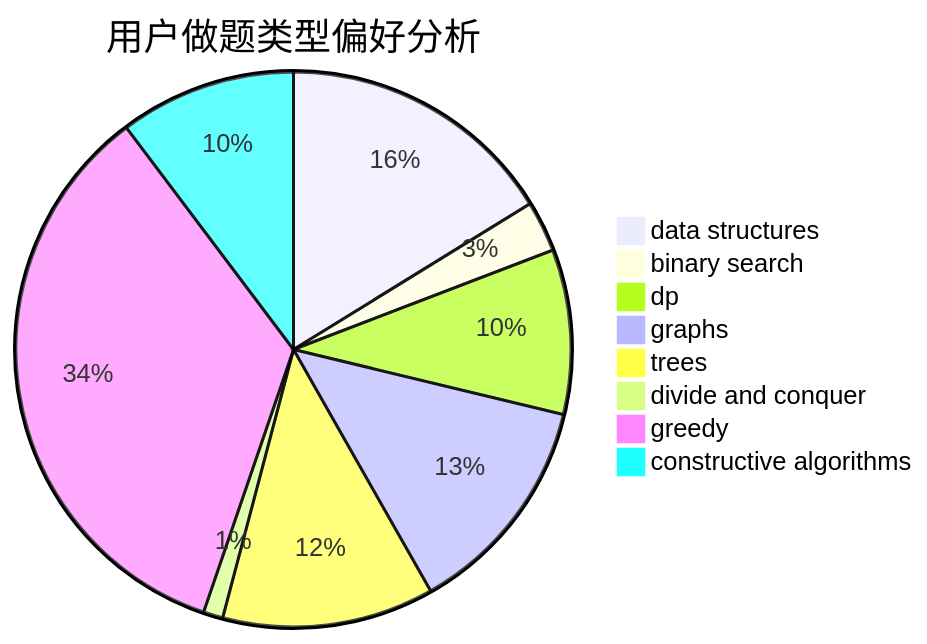
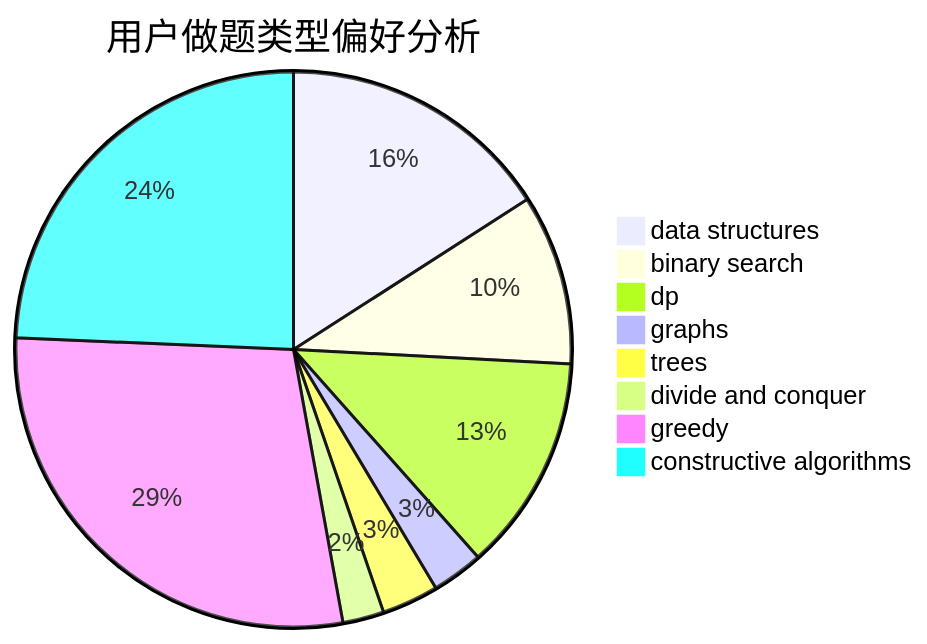
The second of 3 diagrams in docs/user/u288.md (sherpahu/cfrs.github.io), drawn with Mermaid before and after one commit. The commit also changed other lines of this file and 2770 other files, not shown here.

````diff
--- a/docs/user/u288.md
+++ b/docs/user/u288.md
@@ -23,11 +23,11 @@
 ```mermaid
 pie title 用户做题类型偏好分析
-    "data structures" :  71
-    "binary search" :  13
+    "data structures" :  53
+    "binary search" :  33
     "dp" :  42
-    "graphs" :  57
-    "trees" :  54
-    "divide and conquer" :  5
-    "greedy" :  151
-    "constructive algorithms" :  45
+    "graphs" :  10
+    "trees" :  11
+    "divide and conquer" :  8
+    "greedy" :  95
+    "constructive algorithms" :  81
 ```
````
